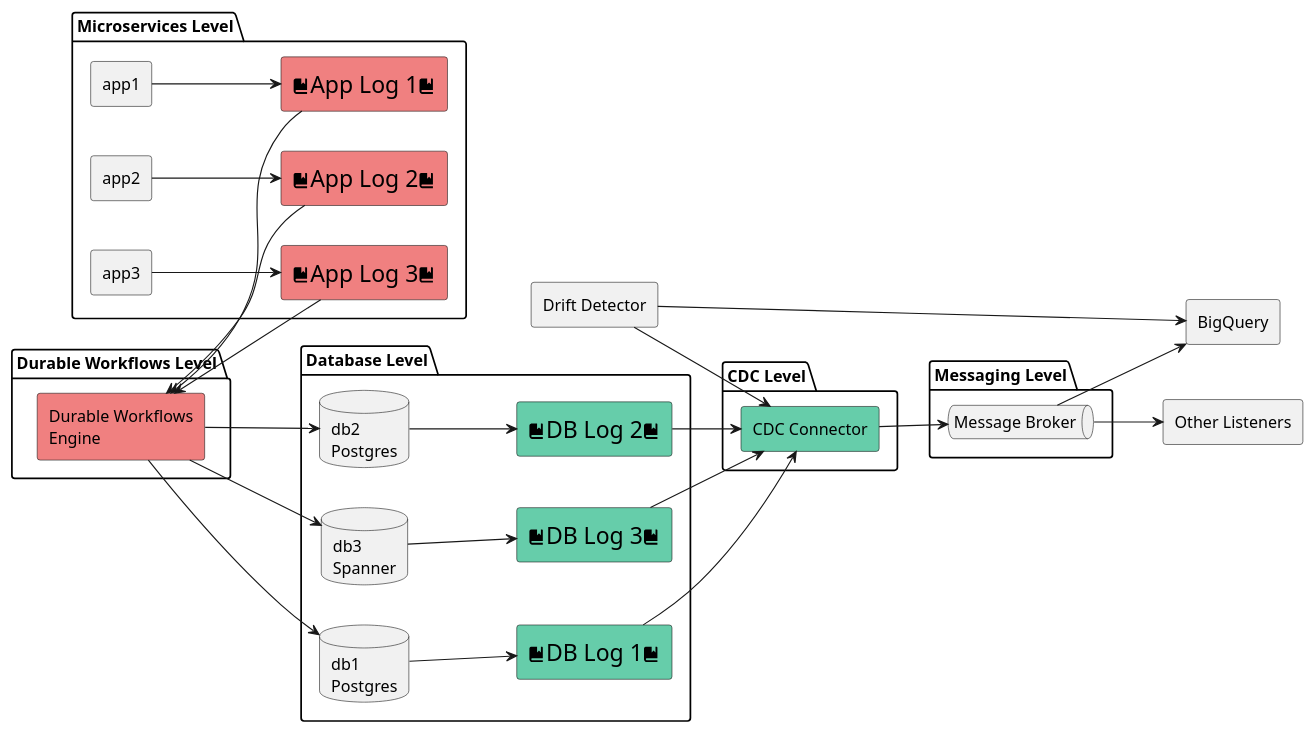
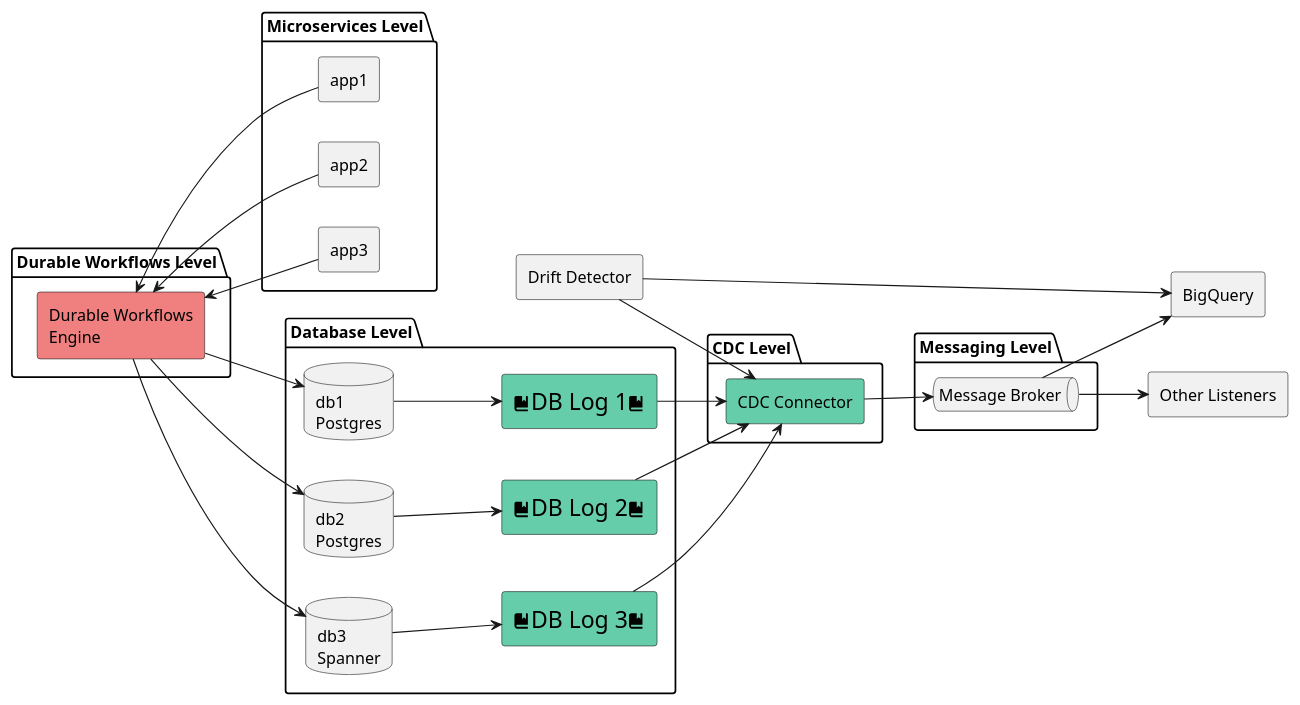
Before and after one commit to chinadupaya/resilient-flows-test: the diagram in docs/layers-overview/simplified overview-enhanced2.wsd, drawn with PlantUML. The commit also changed 4 other files, not shown here.

```diff
--- a/docs/layers-overview/simplified overview-enhanced2.wsd
+++ b/docs/layers-overview/simplified overview-enhanced2.wsd
@@ -1,128 +1,128 @@
 @startuml high-level-diagram
 left to right direction
 skinparam componentStyle rectangle
 
 ' =========================
 ' Microservices Level
 ' =========================
 package "Microservices Level" {
   component "app1" as app1
   component "app2" as app2
   component "app3" as app3
 
-  component "<size:20><&book>App Log 1<&book></size>" as appLog1 #LightCoral
-  component "<size:20><&book>App Log 2<&book></size>" as appLog2 #LightCoral
-  component "<size:20><&book>App Log 3<&book></size>" as appLog3 #LightCoral
+  ' component "<size:20><&book>App Log 1<&book></size>" as appLog1 #LightCoral
+  ' component "<size:20><&book>App Log 2<&book></size>" as appLog2 #LightCoral
+  ' component "<size:20><&book>App Log 3<&book></size>" as appLog3 #LightCoral
 
   
 }
 
 ' =========================
 ' Durable Workflows Level
 ' =========================
 package "Durable Workflows Level" {
   component "Durable Workflows\nEngine" as temporal #LightCoral
 }
 
 ' =========================
 ' Database Level
 ' =========================
 package "Database Level" as dbLevel{
   database "db1\nPostgres" as db1
   database "db2\nPostgres" as db2
   database "db3\nSpanner" as db3
 
   component "<size:20><&book>DB Log 1<&book></size>" as dbLog1 #MediumAquaMarine
   component "<size:20><&book>DB Log 2<&book></size>" as dbLog2 #MediumAquaMarine
   component "<size:20><&book>DB Log 3<&book></size>" as dbLog3 #MediumAquaMarine
 }
 
 ' =========================
 ' Messaging Level
 ' =========================
 package "Messaging Level" {
   queue "Message Broker" as kafka
 }
 
 ' =========================
 ' CDC Level
 ' =========================
 package "CDC Level" {
   component "CDC Connector" as cdcConnector #MediumAquaMarine
 }
 
 component "Drift Detector" as driftDetector
 
 ' =========================
 ' External Consumers
 ' =========================
 component "BigQuery" as bigquery
 component "Other Listeners" as listeners
 
 ' =========================
 ' Observability
 ' =========================
 ' package "Observability Level" {
 '   component "Dashboards" as dashboards
 '   component "Logs" as logs
 '   component "Metrics" as metrics
 ' }
 
 ' =========================
 ' App -> DurableState writes
 ' =========================
 
-app1 --> appLog1
-app2 --> appLog2
-app3 --> appLog3
+' app1 --> appLog1
+' app2 --> appLog2
+' app3 --> appLog3
 
 ' =========================
 ' App -> DB writes
 ' =========================
 temporal --> db1
 temporal --> db2
 temporal --> db3
 
 
 ' =========================
 ' DB -> Log writes
 ' =========================
 db1 --> dbLog1
 db2 --> dbLog2
 db3 --> dbLog3
 
 ' =========================
 ' CDC reads DB changes
 ' =========================
 dbLog1 --> cdcConnector
 dbLog2 --> cdcConnector
 dbLog3 --> cdcConnector
 
 
 ' =========================
 ' Drift Detector Accepts events
 ' =========================
 driftDetector --> cdcConnector
 driftDetector --> bigquery
 
 ' =========================
 ' CDC -> Kafka
 ' =========================
 cdcConnector --> kafka
 ' cdcConnector --> kafka
 ' cdcConnector --> kafka
 
 ' =========================
 ' Kafka -> Consumers
 ' =========================
 kafka --> bigquery
 kafka --> listeners
 
 ' =========================
 ' Workflow -> Apps
 ' =========================
-temporal <-- appLog1
-temporal <-- appLog2
-temporal <-- appLog3
+temporal <-- app1
+temporal <-- app2
+temporal <-- app3
 
 @enduml
```
